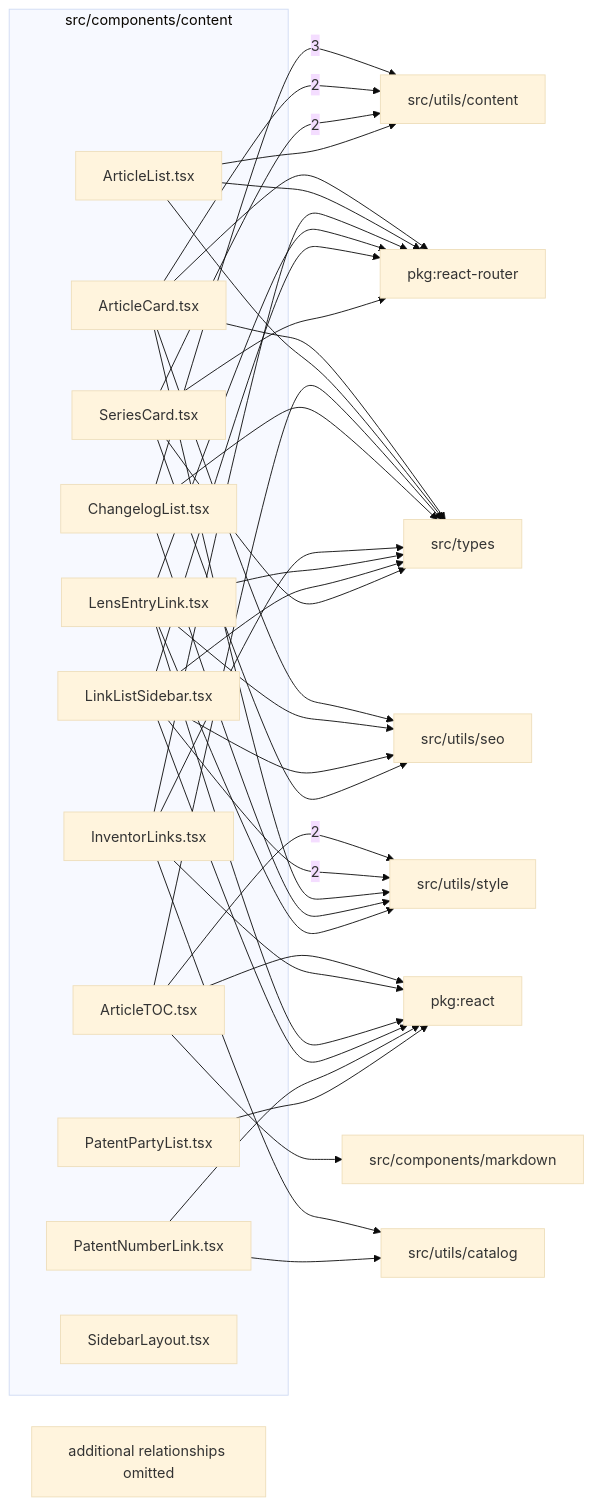
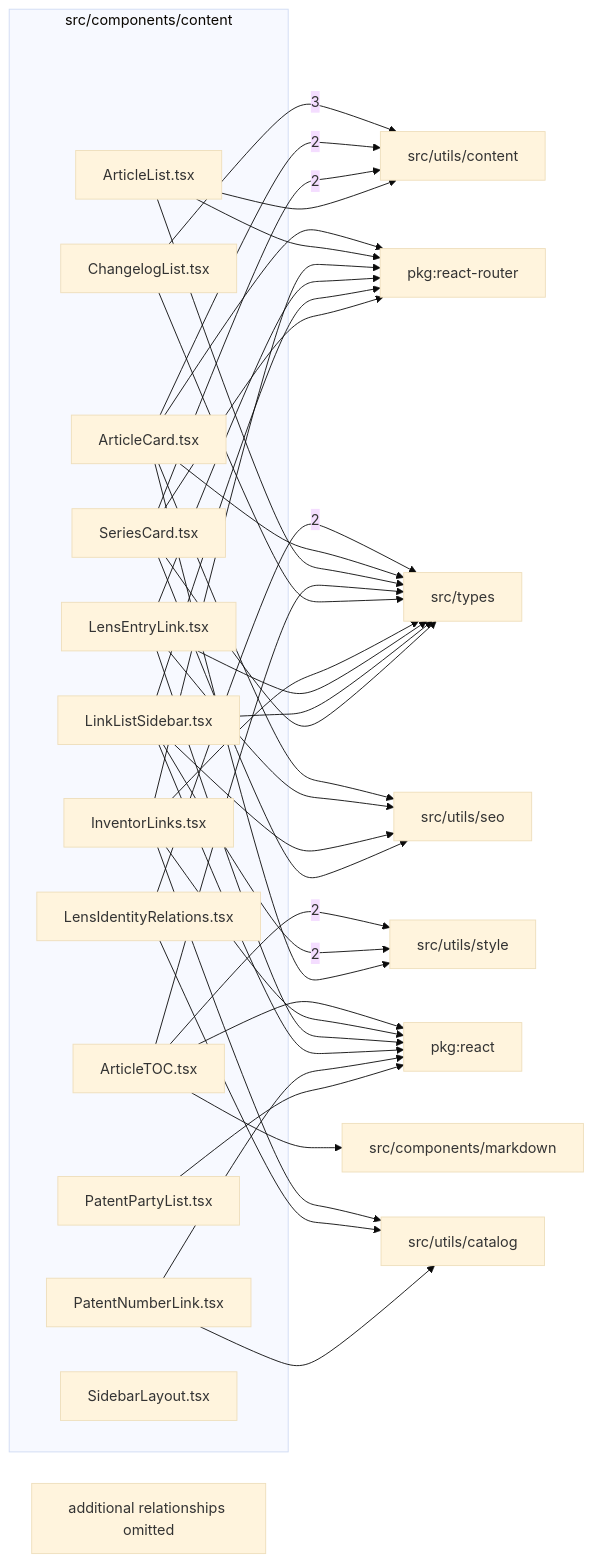
Before and after one commit to ronbuening/LensVisualizer: the diagram in src/components/content/readme.md, drawn with Mermaid (base theme). The commit also changed other lines of this file and 56 other files, not shown here.

````diff
--- a/src/components/content/readme.md
+++ b/src/components/content/readme.md
@@ -9,61 +9,62 @@
 ```mermaid
 flowchart LR
   subgraph n_src_components_content["src/components/content"]
     n_src_components_content_src_components_content_ArticleCard_tsx["ArticleCard.tsx"]
     n_src_components_content_src_components_content_ArticleList_tsx["ArticleList.tsx"]
     n_src_components_content_src_components_content_ArticleTOC_tsx["ArticleTOC.tsx"]
     n_src_components_content_src_components_content_ChangelogList_tsx["ChangelogList.tsx"]
     n_src_components_content_src_components_content_InventorLinks_tsx["InventorLinks.tsx"]
     n_src_components_content_src_components_content_LensEntryLink_tsx["LensEntryLink.tsx"]
+    n_src_components_content_src_components_content_LensIdentityRelations_tsx["LensIdentityRelations.tsx"]
     n_src_components_content_src_components_content_LinkListSidebar_tsx["LinkListSidebar.tsx"]
     n_src_components_content_src_components_content_PatentNumberLink_tsx["PatentNumberLink.tsx"]
     n_src_components_content_src_components_content_PatentPartyList_tsx["PatentPartyList.tsx"]
     n_src_components_content_src_components_content_SeriesCard_tsx["SeriesCard.tsx"]
     n_src_components_content_src_components_content_SidebarLayout_tsx["SidebarLayout.tsx"]
   end
   n_external_src_utils_content["src/utils/content"]
+  n_external_src_types["src/types"]
   n_external_src_utils_style["src/utils/style"]
   n_external_pkg_react["pkg:react"]
   n_external_pkg_react_router["pkg:react-router"]
   n_external_src_components_markdown["src/components/markdown"]
-  n_external_src_types["src/types"]
   n_external_src_utils_catalog["src/utils/catalog"]
   n_external_src_utils_seo["src/utils/seo"]
   n_src_components_content_src_components_content_ChangelogList_tsx --> |3| n_external_src_utils_content
+  n_src_components_content_src_components_content_LensIdentityRelations_tsx --> |2| n_external_src_types
   n_src_components_content_src_components_content_ArticleCard_tsx --> |2| n_external_src_utils_content
   n_src_components_content_src_components_content_SeriesCard_tsx --> |2| n_external_src_utils_content
   n_src_components_content_src_components_content_ArticleTOC_tsx --> |2| n_external_src_utils_style
   n_src_components_content_src_components_content_LinkListSidebar_tsx --> |2| n_external_src_utils_style
   n_src_components_content_src_components_content_ArticleTOC_tsx --> n_external_pkg_react
   n_src_components_content_src_components_content_InventorLinks_tsx --> n_external_pkg_react
   n_src_components_content_src_components_content_LensEntryLink_tsx --> n_external_pkg_react
   n_src_components_content_src_components_content_LinkListSidebar_tsx --> n_external_pkg_react
   n_src_components_content_src_components_content_PatentNumberLink_tsx --> n_external_pkg_react
   n_src_components_content_src_components_content_PatentPartyList_tsx --> n_external_pkg_react
   n_src_components_content_src_components_content_ArticleCard_tsx --> n_external_pkg_react_router
   n_src_components_content_src_components_content_ArticleList_tsx --> n_external_pkg_react_router
   n_src_components_content_src_components_content_InventorLinks_tsx --> n_external_pkg_react_router
   n_src_components_content_src_components_content_LensEntryLink_tsx --> n_external_pkg_react_router
   n_src_components_content_src_components_content_LinkListSidebar_tsx --> n_external_pkg_react_router
   n_src_components_content_src_components_content_SeriesCard_tsx --> n_external_pkg_react_router
   n_src_components_content_src_components_content_ArticleTOC_tsx --> n_external_src_components_markdown
   n_src_components_content_src_components_content_ArticleCard_tsx --> n_external_src_types
   n_src_components_content_src_components_content_ArticleList_tsx --> n_external_src_types
   n_src_components_content_src_components_content_ArticleTOC_tsx --> n_external_src_types
   n_src_components_content_src_components_content_ChangelogList_tsx --> n_external_src_types
   n_src_components_content_src_components_content_InventorLinks_tsx --> n_external_src_types
   n_src_components_content_src_components_content_LensEntryLink_tsx --> n_external_src_types
   n_src_components_content_src_components_content_LinkListSidebar_tsx --> n_external_src_types
   n_src_components_content_src_components_content_SeriesCard_tsx --> n_external_src_types
   n_src_components_content_src_components_content_InventorLinks_tsx --> n_external_src_utils_catalog
+  n_src_components_content_src_components_content_LensIdentityRelations_tsx --> n_external_src_utils_catalog
   n_src_components_content_src_components_content_PatentNumberLink_tsx --> n_external_src_utils_catalog
   n_src_components_content_src_components_content_ArticleList_tsx --> n_external_src_utils_content
   n_src_components_content_src_components_content_ArticleCard_tsx --> n_external_src_utils_seo
   n_src_components_content_src_components_content_LensEntryLink_tsx --> n_external_src_utils_seo
   n_src_components_content_src_components_content_LinkListSidebar_tsx --> n_external_src_utils_seo
   n_src_components_content_src_components_content_SeriesCard_tsx --> n_external_src_utils_seo
   n_src_components_content_src_components_content_ArticleCard_tsx --> n_external_src_utils_style
-  n_src_components_content_src_components_content_ChangelogList_tsx --> n_external_src_utils_style
-  n_src_components_content_src_components_content_LensEntryLink_tsx --> n_external_src_utils_style
   n_src_components_content_truncated["additional relationships omitted"]
 ```
````
